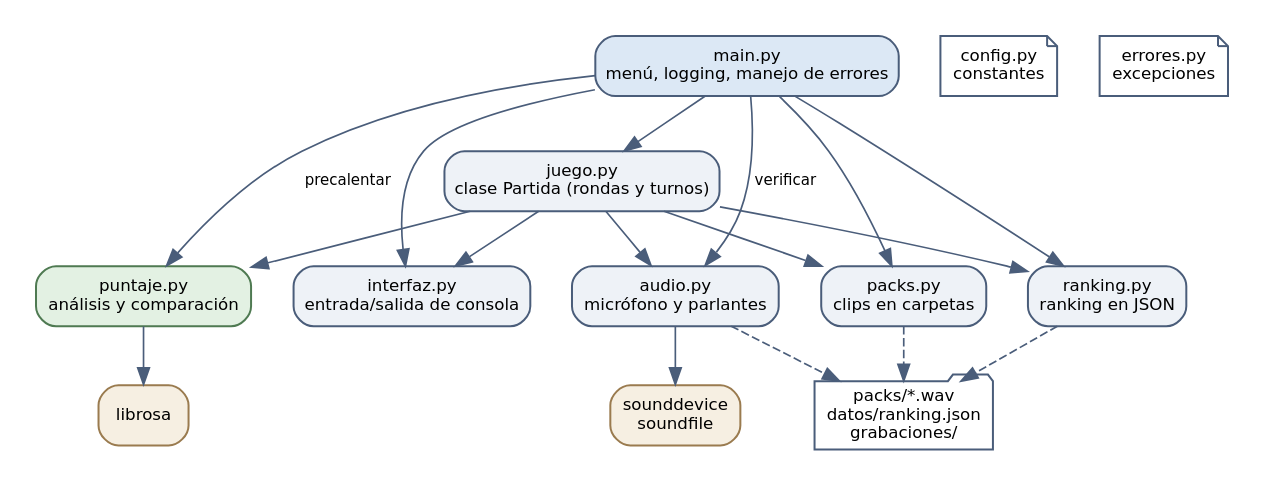
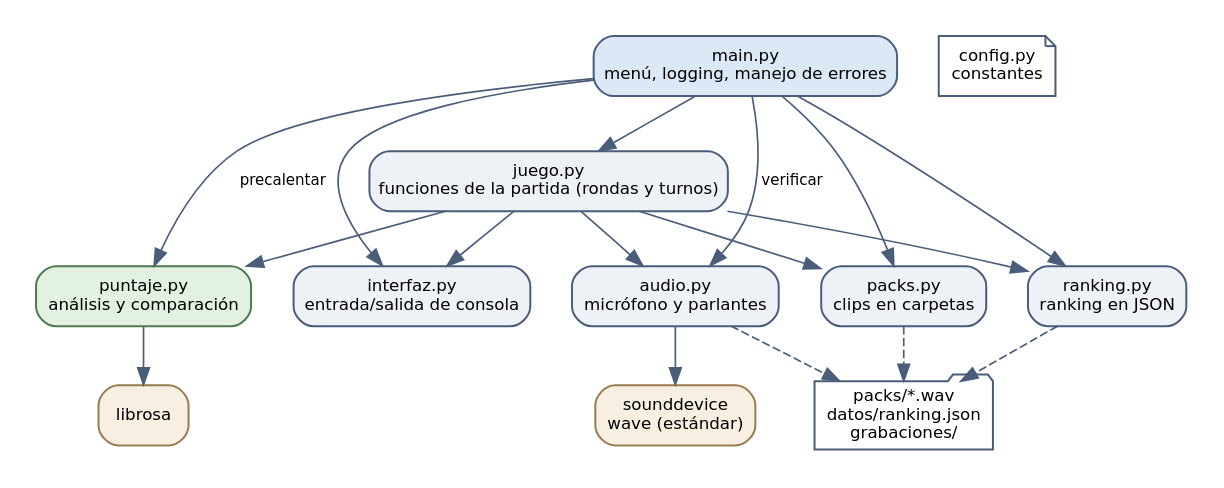
Before and after one commit to ikicillof/voicer-choiser: the diagram in docs/diagramas/arq_proyecto.dot, drawn with Graphviz. The commit also changed 20 other files, not shown here.

```diff
--- a/docs/diagramas/arq_proyecto.dot
+++ b/docs/diagramas/arq_proyecto.dot
@@ -1,13 +1,13 @@
 digraph G { graph [fontname="DejaVu Sans", fontsize=11, bgcolor="white", pad=0.2, nodesep=0.35, ranksep=0.45]; node [fontname="DejaVu Sans", fontsize=10, shape=box, style="rounded,filled", fillcolor="#EEF2F7", color="#4A5D7A", penwidth=1.2]; edge [fontname="DejaVu Sans", fontsize=9, color="#4A5D7A"]; rankdir=TB;
   main [label="main.py\nmenú, logging, manejo de errores", fillcolor="#DCE8F5"];
-  juego [label="juego.py\nclase Partida (rondas y turnos)"];
+  juego [label="juego.py\nfunciones de la partida (rondas y turnos)"];
   interfaz [label="interfaz.py\nentrada/salida de consola"];
   puntaje [label="puntaje.py\nanálisis y comparación", fillcolor="#E3F1E3", color="#4F7A52"];
   audio [label="audio.py\nmicrófono y parlantes"]; packs [label="packs.py\nclips en carpetas"]; ranking [label="ranking.py\nranking en JSON"];
-  config [label="config.py\nconstantes", shape=note, fillcolor="#FFFFFF"]; errores [label="errores.py\nexcepciones", shape=note, fillcolor="#FFFFFF"];
-  librosa [label="librosa", fillcolor="#F6EFE2", color="#9A7B4F"]; sd [label="sounddevice\nsoundfile", fillcolor="#F6EFE2", color="#9A7B4F"]; fs [label="packs/*.wav\ndatos/ranking.json\ngrabaciones/", shape=folder, fillcolor="#FFFFFF"];
+  config [label="config.py\nconstantes", shape=note, fillcolor="#FFFFFF"];
+  librosa [label="librosa", fillcolor="#F6EFE2", color="#9A7B4F"]; sd [label="sounddevice\nwave (estándar)", fillcolor="#F6EFE2", color="#9A7B4F"]; fs [label="packs/*.wav\ndatos/ranking.json\ngrabaciones/", shape=folder, fillcolor="#FFFFFF"];
   main -> juego; main -> interfaz; main -> packs; main -> ranking; main -> puntaje [label=" precalentar"]; main -> audio [label=" verificar"];
   juego -> interfaz; juego -> puntaje; juego -> audio; juego -> packs; juego -> ranking;
   puntaje -> librosa; audio -> sd; packs -> fs [style=dashed]; ranking -> fs [style=dashed]; audio -> fs [style=dashed];
-  {rank=same; config; errores}
+  {rank=same; config}
 }
```
